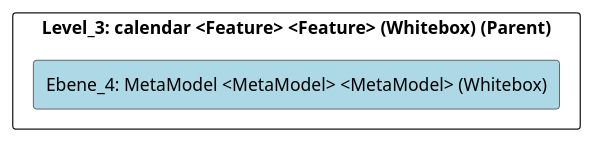
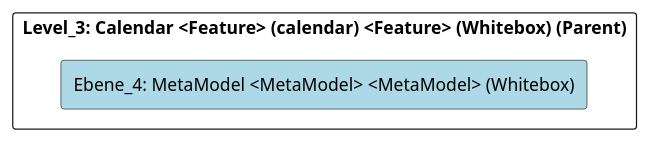
One commit to marcozwyssig/cleon changed the diagram in doc/cleonproject_deliverables_architecture_model_architecture/adoc/de/05_bausteinsicht/cleon/common/calendar/metamodel/ebene_4_metamodel.adoc. Above: the diagram before and after it, drawn with PlantUML. The commit also changed other lines of this file and 166 other files, not shown here.

```diff
--- a/doc/cleonproject_deliverables_architecture_model_architecture/adoc/de/05_bausteinsicht/cleon/common/calendar/metamodel/ebene_4_metamodel.adoc
+++ b/doc/cleonproject_deliverables_architecture_model_architecture/adoc/de/05_bausteinsicht/cleon/common/calendar/metamodel/ebene_4_metamodel.adoc
@@ -20,24 +20,24 @@
 [plantuml, Ebene_4: MetaModel <MetaModel> <MetaModel> (Whitebox)BlockOverview, format="svg"]
 ----
 @startuml Ebene_4: MetaModel <MetaModel> <MetaModel> (Whitebox)BuildingBlockOverview
 
 skinparam ranksep 10
 skinparam componentStyle rectangle
 skinparam shadowing false
 skinparam arrowColor lightblue
 skinparam arrowThickness 1.2
 skinparam rectangle {
   BackgroundColor White
   BorderColor #333
   RoundCorner 10
 }
 top to bottom direction
 
-component "Level_3: calendar <Feature> <Feature> (Whitebox) (Parent)" {
+component "Level_3: Calendar <Feature> (calendar) <Feature> (Whitebox) (Parent)" {
     component "Ebene_4: MetaModel <MetaModel> <MetaModel> (Whitebox)" #lightblue {
     }
 
 }
 
 @enduml
 ----
```
